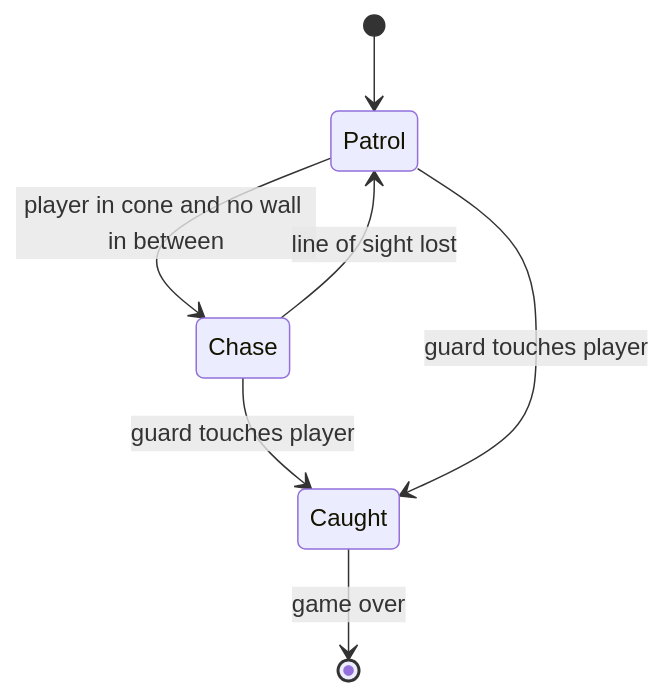
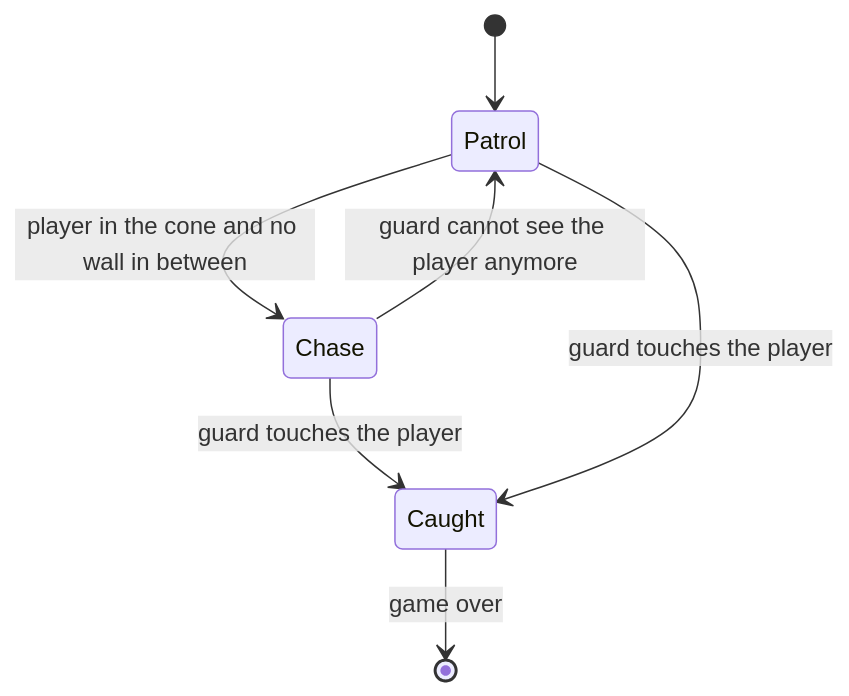
Before and after one commit to Eslavic/Fontys-University: the first of 3 diagrams in First Semester/LO2 Professional IT Products/Challenge 1 - The Witness/3 Design/Design.md, drawn with Mermaid. The commit also changed other lines of this file and 1 other file, not shown here.

````diff
--- a/First Semester/LO2 Professional IT Products/Challenge 1 - The Witness/3 Design/Design.md
+++ b/First Semester/LO2 Professional IT Products/Challenge 1 - The Witness/3 Design/Design.md
@@ -147,9 +163,9 @@
 ```mermaid
 stateDiagram-v2
     [*] --> Patrol
-    Patrol --> Chase: player in cone and no wall in between
-    Chase --> Patrol: line of sight lost
-    Chase --> Caught: guard touches player
-    Patrol --> Caught: guard touches player
+    Patrol --> Chase: player in the cone and no wall in between
+    Chase --> Patrol: guard cannot see the player anymore
+    Chase --> Caught: guard touches the player
+    Patrol --> Caught: guard touches the player
     Caught --> [*]: game over
 ```
````
